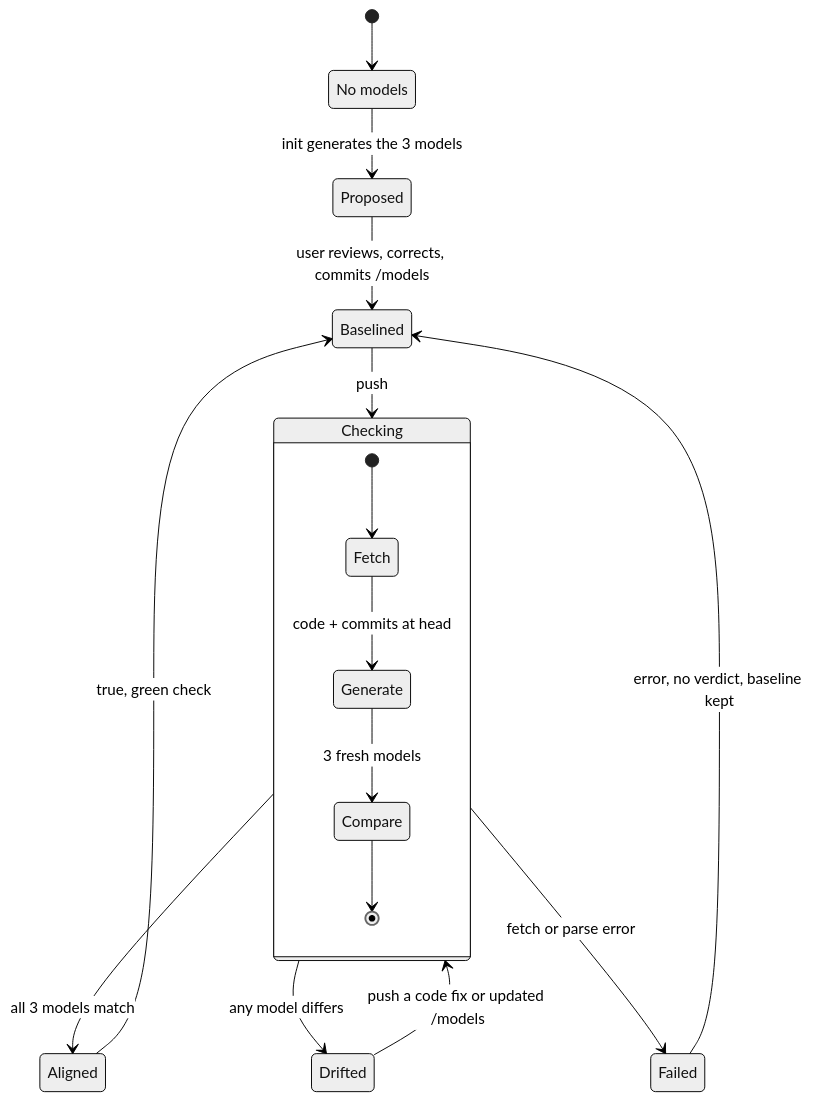
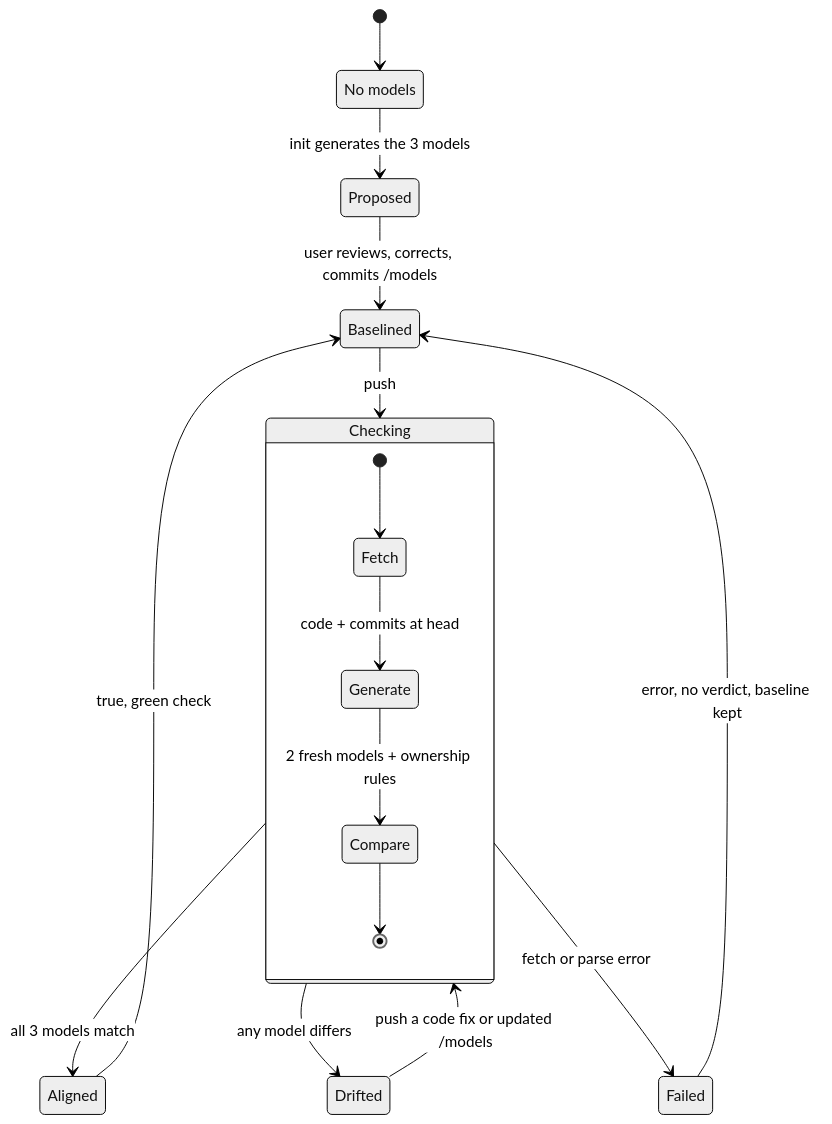
The diagram in docs/base/specifications.md (MuhammadSban/DocumentationModelDrifter), drawn with Mermaid (neutral theme) before and after one commit. The commit also changed 8 other files, not shown here.

First line of the commit message:
Redraw the model diagrams to match the pod contract

````diff
--- a/docs/base/specifications.md
+++ b/docs/base/specifications.md
@@ -274,27 +274,27 @@
 ```mermaid
 stateDiagram-v2
     accTitle: Lifecycle of a repo under DocumentationModelDrifter
     accDescr: The tool proposes three models once, the user commits them as the baseline, and every push is then checked against them, ending true, false or in an error.
 
     state "No models" as NoModels
 
     [*] --> NoModels
     NoModels --> Proposed: init generates the 3 models
     Proposed --> Baselined: user reviews, corrects, commits /models
     Baselined --> Checking: push
 
     state Checking {
         [*] --> Fetch
         Fetch --> Generate: code + commits at head
-        Generate --> Compare: 3 fresh models
+        Generate --> Compare: 2 fresh models + ownership rules
         Compare --> [*]
     }
 
     Checking --> Aligned: all 3 models match
     Checking --> Drifted: any model differs
     Checking --> Failed: fetch or parse error
 
     Aligned --> Baselined: true, green check
     Failed --> Baselined: error, no verdict, baseline kept
     Drifted --> Checking: push a code fix or updated /models
 ```
````
